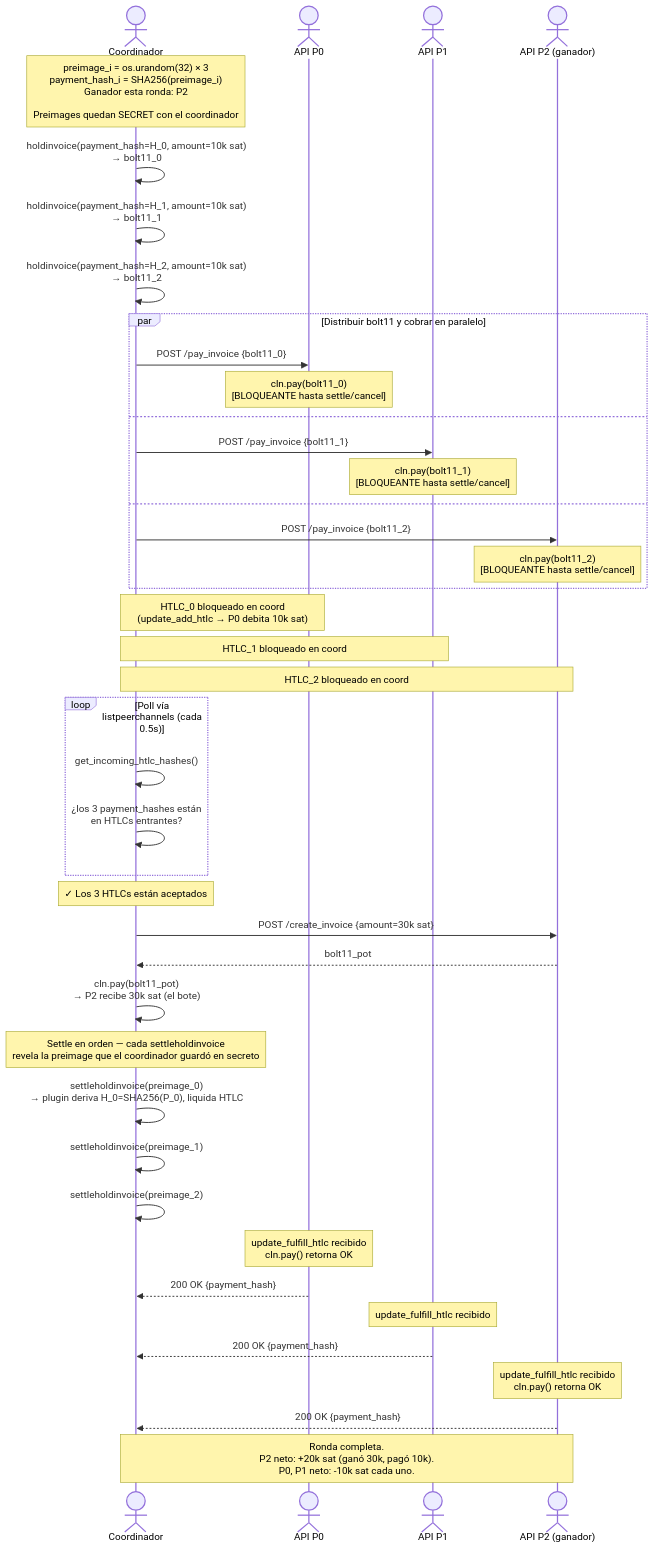
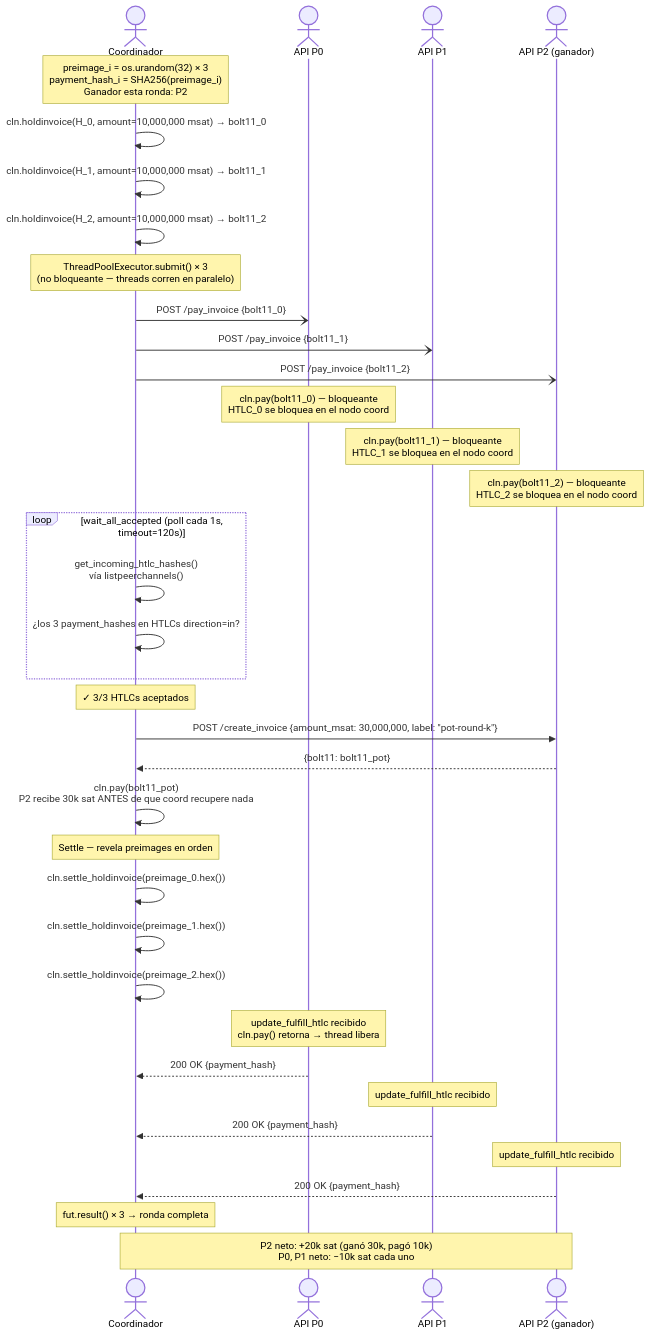
Before and after one commit to jmo-ytp/tanda.btc: the second of 5 diagrams in docs/sequence-diagrams-ln.md, drawn with Mermaid. The commit also changed other lines of this file, not shown here.

First line of the commit message:
docs(diagrams-ln): reescribir diagramas de secuencia LN con flujo real

````diff
--- a/docs/sequence-diagrams-ln.md
+++ b/docs/sequence-diagrams-ln.md
@@ -52,61 +62,50 @@
 ```mermaid
 sequenceDiagram
     actor C  as Coordinador
     actor P0 as API P0
     actor P1 as API P1
     actor P2 as API P2 (ganador)
 
-    Note over C: preimage_i = os.urandom(32) × 3<br/>payment_hash_i = SHA256(preimage_i)<br/>Ganador esta ronda: P2<br/><br/>Preimages quedan SECRET con el coordinador
+    Note over C: preimage_i = os.urandom(32) × 3<br/>payment_hash_i = SHA256(preimage_i)<br/>Ganador esta ronda: P2
 
-    C->>C: holdinvoice(payment_hash=H_0, amount=10k sat)<br/>→ bolt11_0
+    C->>C: cln.holdinvoice(H_0, amount=10,000,000 msat) → bolt11_0
+    C->>C: cln.holdinvoice(H_1, amount=10,000,000 msat) → bolt11_1
+    C->>C: cln.holdinvoice(H_2, amount=10,000,000 msat) → bolt11_2
 
-    C->>C: holdinvoice(payment_hash=H_1, amount=10k sat)<br/>→ bolt11_1
+    Note over C: ThreadPoolExecutor.submit() × 3<br/>(no bloqueante — threads corren en paralelo)
 
-    C->>C: holdinvoice(payment_hash=H_2, amount=10k sat)<br/>→ bolt11_2
+    C-)P0: POST /pay_invoice {bolt11_0}
+    C-)P1: POST /pay_invoice {bolt11_1}
+    C-)P2: POST /pay_invoice {bolt11_2}
 
-    par Distribuir bolt11 y cobrar en paralelo
-        C->>P0: POST /pay_invoice {bolt11_0}
-        Note over P0: cln.pay(bolt11_0)<br/>[BLOQUEANTE hasta settle/cancel]
-    and
-        C->>P1: POST /pay_invoice {bolt11_1}
-        Note over P1: cln.pay(bolt11_1)<br/>[BLOQUEANTE hasta settle/cancel]
-    and
-        C->>P2: POST /pay_invoice {bolt11_2}
-        Note over P2: cln.pay(bolt11_2)<br/>[BLOQUEANTE hasta settle/cancel]
+    Note over P0: cln.pay(bolt11_0) — bloqueante<br/>HTLC_0 se bloquea en el nodo coord
+    Note over P1: cln.pay(bolt11_1) — bloqueante<br/>HTLC_1 se bloquea en el nodo coord
+    Note over P2: cln.pay(bolt11_2) — bloqueante<br/>HTLC_2 se bloquea en el nodo coord
+
+    loop wait_all_accepted (poll cada 1s, timeout=120s)
+        C->>C: get_incoming_htlc_hashes()<br/>vía listpeerchannels()
+        C->>C: ¿los 3 payment_hashes en HTLCs direction=in?
     end
 
-    Note over P0,C: HTLC_0 bloqueado en coord<br/>(update_add_htlc → P0 debita 10k sat)
-    Note over P1,C: HTLC_1 bloqueado en coord
-    Note over P2,C: HTLC_2 bloqueado en coord
+    Note over C: ✓ 3/3 HTLCs aceptados
 
-    loop Poll vía listpeerchannels (cada 0.5s)
-        C->>C: get_incoming_htlc_hashes()
-        C->>C: ¿los 3 payment_hashes están<br/>en HTLCs entrantes?
-    end
+    C->>P2: POST /create_invoice {amount_msat: 30,000,000, label: "pot-round-k"}
+    P2-->>C: {bolt11: bolt11_pot}
 
-    Note over C: ✓ Los 3 HTLCs están aceptados
+    C->>C: cln.pay(bolt11_pot)<br/>P2 recibe 30k sat ANTES de que coord recupere nada
 
-    C->>P2: POST /create_invoice {amount=30k sat}
-    P2-->>C: bolt11_pot
+    Note over C: Settle — revela preimages en orden
+    C->>C: cln.settle_holdinvoice(preimage_0.hex())
+    C->>C: cln.settle_holdinvoice(preimage_1.hex())
+    C->>C: cln.settle_holdinvoice(preimage_2.hex())
 
-    C->>C: cln.pay(bolt11_pot)<br/>→ P2 recibe 30k sat (el bote)
-
-    Note over C: Settle en orden — cada settleholdinvoice<br/>revela la preimage que el coordinador guardó en secreto
-
-    C->>C: settleholdinvoice(preimage_0)<br/>→ plugin deriva H_0=SHA256(P_0), liquida HTLC
-
-    C->>C: settleholdinvoice(preimage_1)
-
-    C->>C: settleholdinvoice(preimage_2)
-
-    Note over P0: update_fulfill_htlc recibido<br/>cln.pay() retorna OK
+    Note over P0: update_fulfill_htlc recibido<br/>cln.pay() retorna → thread libera
     P0-->>C: 200 OK {payment_hash}
-
     Note over P1: update_fulfill_htlc recibido
     P1-->>C: 200 OK {payment_hash}
-
-    Note over P2: update_fulfill_htlc recibido<br/>cln.pay() retorna OK
+    Note over P2: update_fulfill_htlc recibido
     P2-->>C: 200 OK {payment_hash}
 
-    Note over C,P2: Ronda completa.<br/>P2 neto: +20k sat (ganó 30k, pagó 10k).<br/>P0, P1 neto: -10k sat cada uno.
+    Note over C: fut.result() × 3 → ronda completa
+    Note over C,P2: P2 neto: +20k sat (ganó 30k, pagó 10k)<br/>P0, P1 neto: −10k sat cada uno
 ```
````
